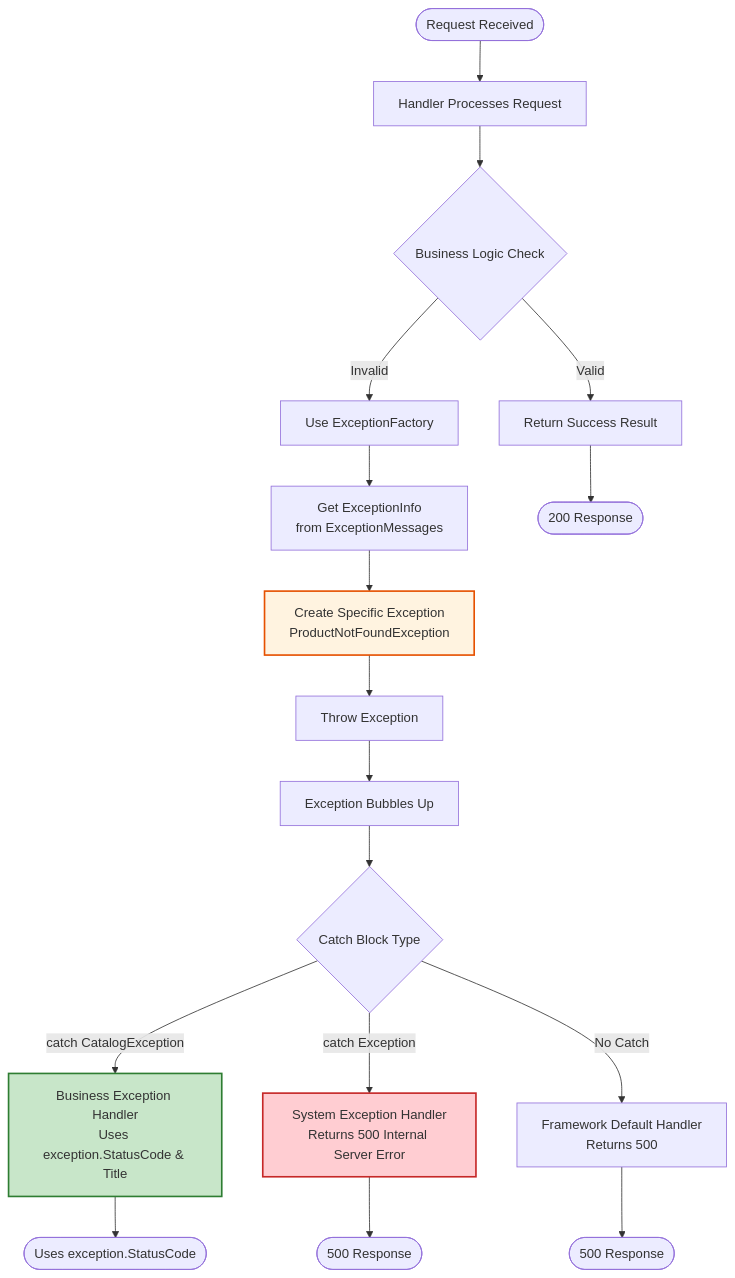
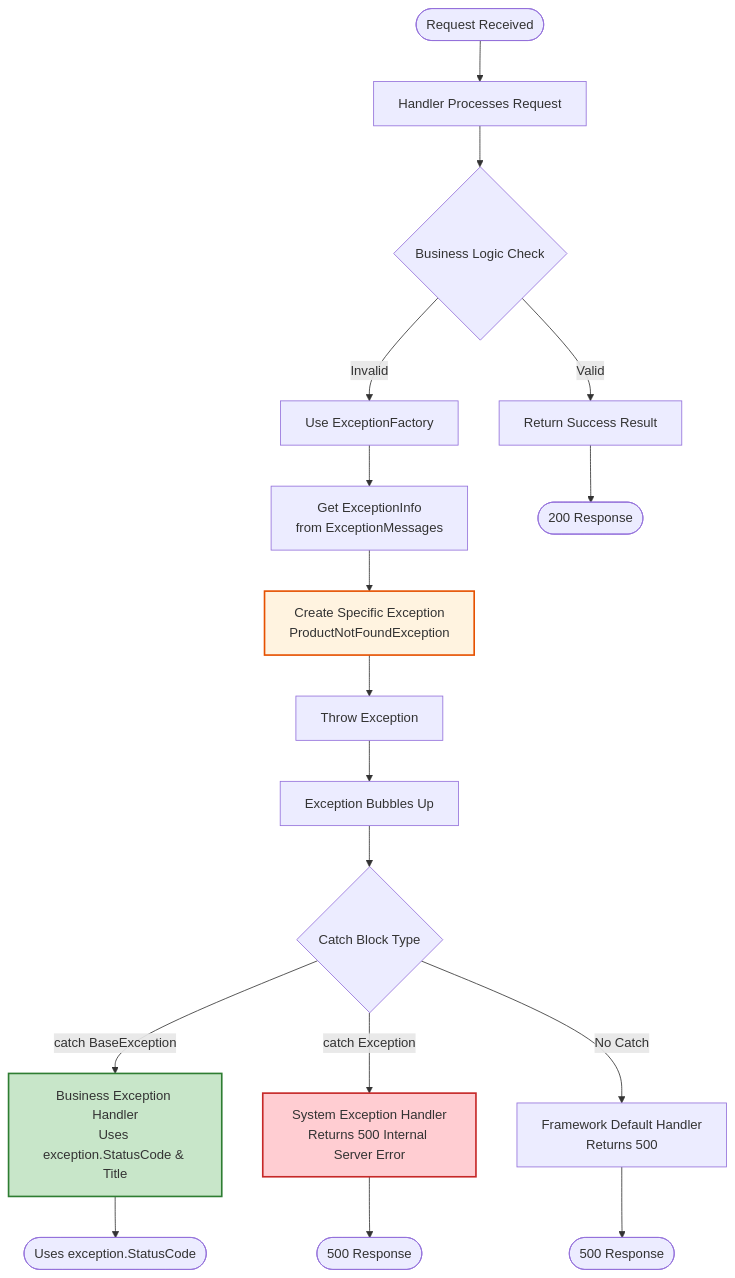
Before and after one commit to hamdyyemad/dotnet-microservices-ecommerce: the third of 5 diagrams in src/Services/Catalog/Catalog.API/Exceptions/README.md, drawn with Mermaid. The commit also changed other lines of this file and 6 other files, not shown here.

First line of the commit message:
feat: Add base exception handling infrastructure for microservices

````diff
--- a/src/Services/Catalog/Catalog.API/Exceptions/README.md
+++ b/src/Services/Catalog/Catalog.API/Exceptions/README.md
@@ -104,29 +108,29 @@
 ```mermaid
 flowchart TD
     Start([Request Received])
     Start --> Handler[Handler Processes Request]
     Handler --> Check{Business Logic Check}
 
     Check -->|Valid| Success[Return Success Result]
     Check -->|Invalid| UseFactory[Use ExceptionFactory]
 
     UseFactory --> GetExceptionInfo[Get ExceptionInfo<br/>from ExceptionMessages]
     GetExceptionInfo --> Create[Create Specific Exception<br/>ProductNotFoundException]
     Create --> Throw[Throw Exception]
     Throw --> Bubble[Exception Bubbles Up]
 
     Bubble --> Catch{Catch Block Type}
 
-    Catch -->|catch CatalogException| BusinessHandler[Business Exception Handler<br/>Uses exception.StatusCode & Title]
+    Catch -->|catch BaseException| BusinessHandler[Business Exception Handler<br/>Uses exception.StatusCode & Title]
     Catch -->|catch Exception| SystemHandler[System Exception Handler<br/>Returns 500 Internal Server Error]
     Catch -->|No Catch| FrameworkHandler[Framework Default Handler<br/>Returns 500]
 
     BusinessHandler --> End1([Uses exception.StatusCode])
     SystemHandler --> End2([500 Response])
     FrameworkHandler --> End3([500 Response])
     Success --> End4([200 Response])
 
     style Create fill:#fff3e0,stroke:#e65100,stroke-width:2px
     style BusinessHandler fill:#c8e6c9,stroke:#2e7d32,stroke-width:2px
     style SystemHandler fill:#ffcdd2,stroke:#c62828,stroke-width:2px
 ```
````
